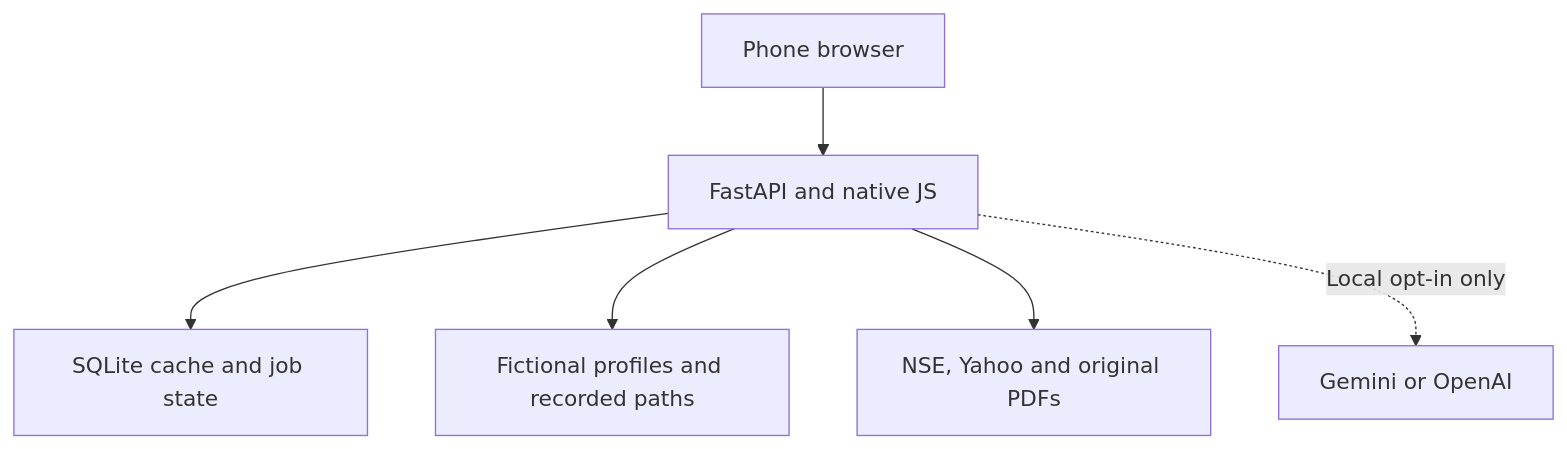
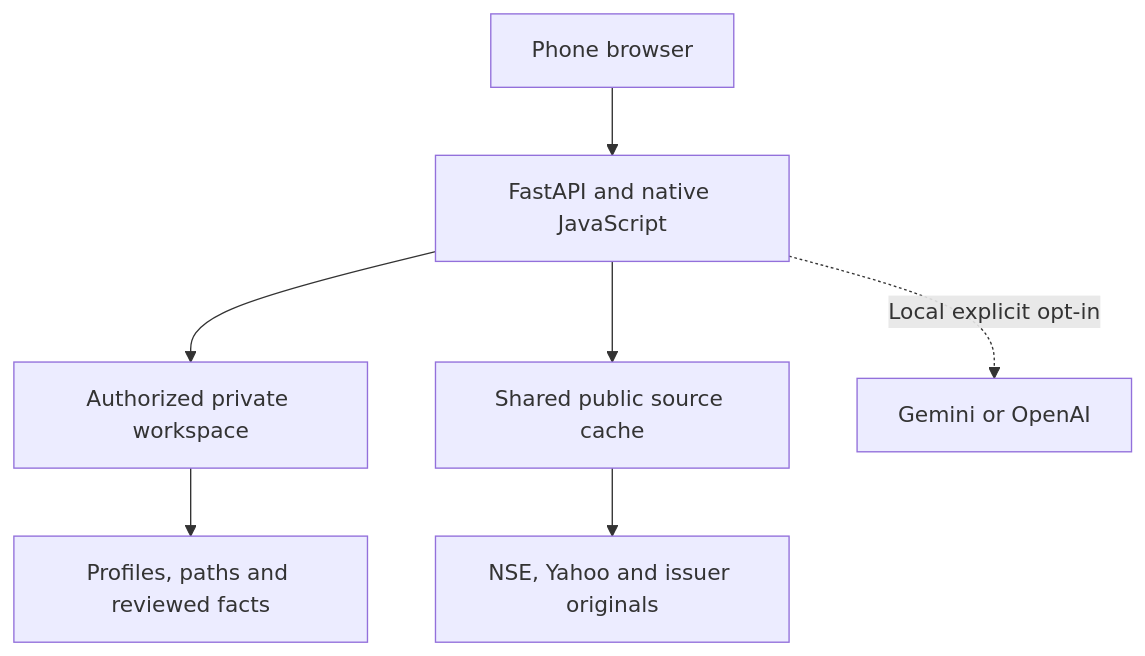
Before and after one commit to YatharthDX/enam_holdings_assignmnet: the diagram in docs/ARCHITECTURE.md, drawn with Mermaid. The commit also changed other lines of this file and 43 other files, not shown here.

````diff
--- a/docs/ARCHITECTURE.md
+++ b/docs/ARCHITECTURE.md
@@ -7,8 +7,9 @@
 ```mermaid
 flowchart TD
-  B["Phone browser"] --> A["FastAPI and native JS"]
-  A --> D["SQLite cache and job state"]
-  A --> N["Fictional profiles and recorded paths"]
-  A --> P["NSE, Yahoo and original PDFs"]
-  A -. "Local opt-in only" .-> M["Gemini or OpenAI"]
+  B["Phone browser"] --> A["FastAPI and native JavaScript"]
+  A --> W["Authorized private workspace"]
+  A --> S["Shared public source cache"]
+  S --> P["NSE, Yahoo and issuer originals"]
+  W --> N["Profiles, paths and reviewed facts"]
+  A -. "Local explicit opt-in" .-> M["Gemini or OpenAI"]
 ```
````
